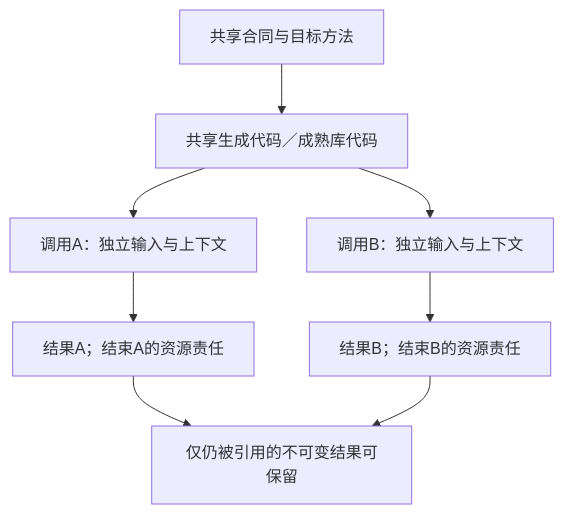
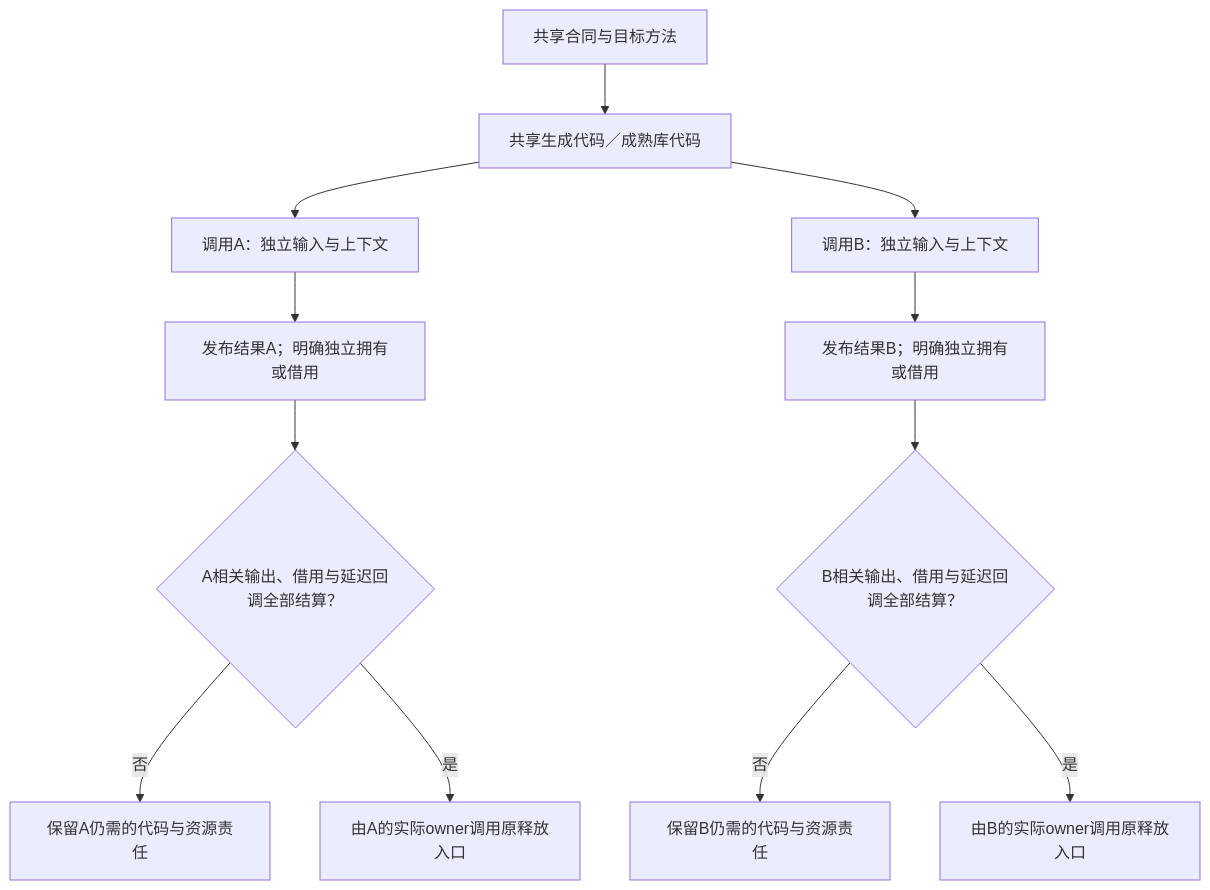
Before and after one commit to sec-platform/sec: the first of 2 diagrams in docs/架构/装配/源绑定与解释映像.md, drawn with Mermaid. The commit also changed 122 other files, not shown here.

First line of the commit message:
docs: unify system diagrams and remove redundant design text (#882)

````diff
--- a/docs/架构/装配/源绑定与解释映像.md
+++ b/docs/架构/装配/源绑定与解释映像.md
@@ -108,10 +108,14 @@
 ```mermaid
 flowchart TB
   Contract["共享合同与目标方法"] --> Code["共享生成代码／成熟库代码"]
   Code --> A["调用A：独立输入与上下文"]
   Code --> B["调用B：独立输入与上下文"]
-  A --> OA["结果A；结束A的资源责任"]
-  B --> OB["结果B；结束B的资源责任"]
-  OA --> Retain["仅仍被引用的不可变结果可保留"]
-  OB --> Retain
+  A --> OA["发布结果A；明确独立拥有或借用"]
+  B --> OB["发布结果B；明确独立拥有或借用"]
+  OA --> LastA{"A相关输出、借用与延迟回调全部结算？"}
+  OB --> LastB{"B相关输出、借用与延迟回调全部结算？"}
+  LastA -->|否| KeepA["保留A仍需的代码与资源责任"]
+  LastB -->|否| KeepB["保留B仍需的代码与资源责任"]
+  LastA -->|是| ReleaseA["由A的实际owner调用原释放入口"]
+  LastB -->|是| ReleaseB["由B的实际owner调用原释放入口"]
 ```
````
